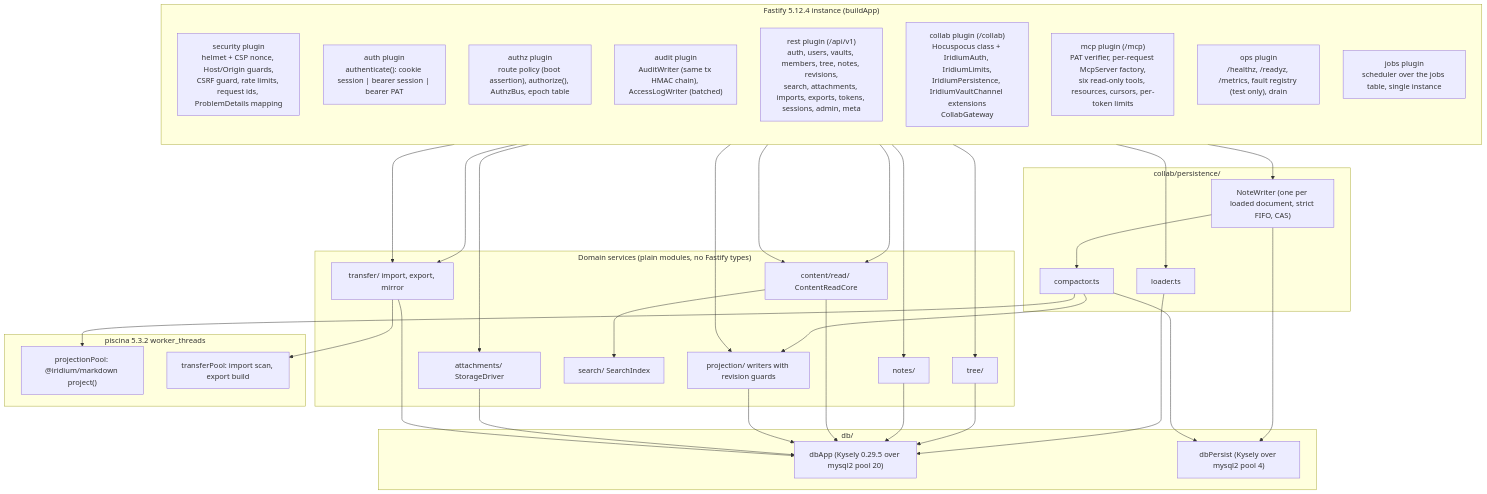
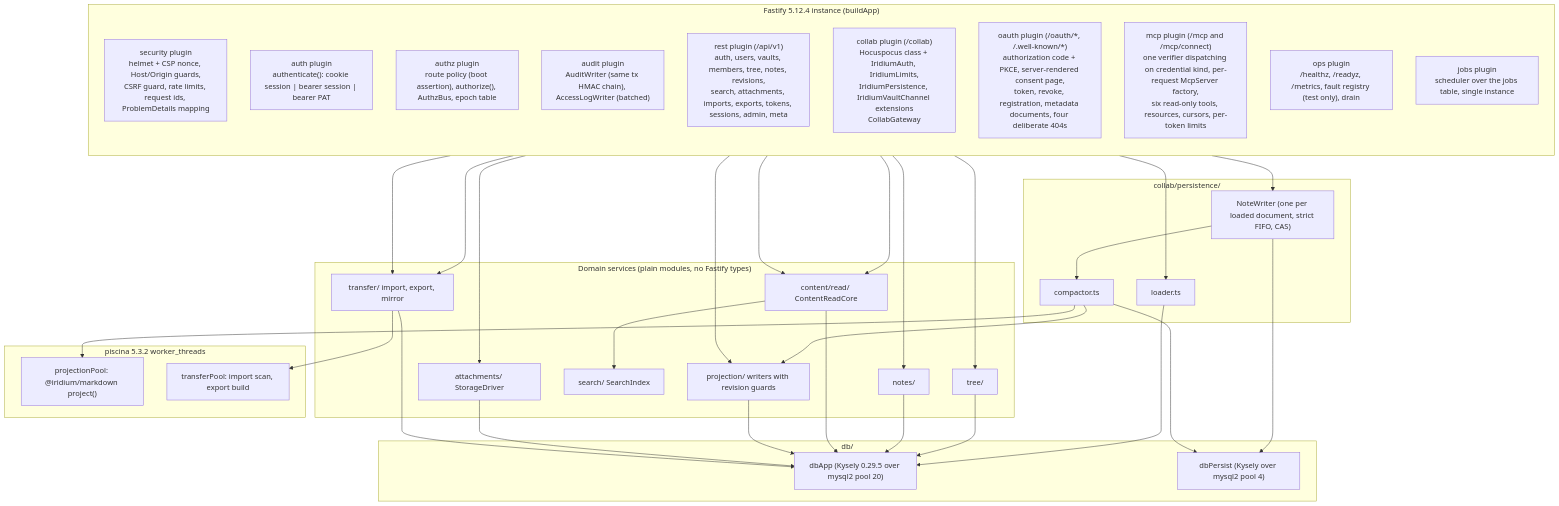
One commit to Mythikos/iridium changed the second of 13 diagrams in docs/plan/02-system-architecture.md. Above: the diagram before and after it, drawn with Mermaid. The commit also changed other lines of this file and 15 other files, not shown here.

````diff
--- a/docs/plan/02-system-architecture.md
+++ b/docs/plan/02-system-architecture.md
@@ -93,61 +99,62 @@
 ```mermaid
 flowchart TB
   subgraph Fastify["Fastify 5.12.4 instance (buildApp)"]
     direction TB
     SEC["security plugin<br/>helmet + CSP nonce, Host/Origin guards,<br/>CSRF guard, rate limits, request ids, ProblemDetails mapping"]
     AUTH["auth plugin<br/>authenticate(): cookie session | bearer session | bearer PAT"]
     AUTHZ["authz plugin<br/>route policy (boot assertion), authorize(), AuthzBus, epoch table"]
     AUDIT["audit plugin<br/>AuditWriter (same tx HMAC chain), AccessLogWriter (batched)"]
     RESTP["rest plugin (/api/v1)<br/>auth, users, vaults, members, tree, notes, revisions,<br/>search, attachments, imports, exports, tokens, sessions, admin, meta"]
     COLLAB["collab plugin (/collab)<br/>Hocuspocus class + IridiumAuth, IridiumLimits,<br/>IridiumPersistence, IridiumVaultChannel extensions<br/>CollabGateway"]
-    MCPP["mcp plugin (/mcp)<br/>PAT verifier, per-request McpServer factory,<br/>six read-only tools, resources, cursors, per-token limits"]
+    OAUTHP["oauth plugin (/oauth/*, /.well-known/*)<br/>authorization code + PKCE, server-rendered consent page,<br/>token, revoke, registration, metadata documents, four deliberate 404s"]
+    MCPP["mcp plugin (/mcp and /mcp/connect)<br/>one verifier dispatching on credential kind, per-request McpServer factory,<br/>six read-only tools, resources, cursors, per-token limits"]
     OPSP["ops plugin<br/>/healthz, /readyz, /metrics, fault registry (test only), drain"]
     JOBSP["jobs plugin<br/>scheduler over the jobs table, single instance"]
   end
   subgraph Services["Domain services (plain modules, no Fastify types)"]
     TREE["tree/"]
     NOTES["notes/"]
     READ["content/read/ ContentReadCore"]
     SEARCH["search/ SearchIndex"]
     ATT["attachments/ StorageDriver"]
     XFER["transfer/ import, export, mirror"]
     PROJ["projection/ writers with revision guards"]
   end
   subgraph Pipeline["collab/persistence/"]
     WRITER["NoteWriter (one per loaded document, strict FIFO, CAS)"]
     LOADER["loader.ts"]
     COMPACT["compactor.ts"]
   end
   subgraph Workers["piscina 5.3.2 worker_threads"]
     PPOOL["projectionPool: @iridium/markdown project()"]
     TPOOL["transferPool: import scan, export build"]
   end
   subgraph Data["db/"]
     DBAPP["dbApp (Kysely 0.29.5 over mysql2 pool 20)"]
     DBPERSIST["dbPersist (Kysely over mysql2 pool 4)"]
   end
   RESTP --> TREE
   RESTP --> NOTES
   RESTP --> READ
   RESTP --> ATT
   RESTP --> XFER
   MCPP --> READ
   READ --> SEARCH
   COLLAB --> WRITER
   COLLAB --> LOADER
   WRITER --> COMPACT
   COMPACT --> PPOOL
   COMPACT --> PROJ
   XFER --> TPOOL
   JOBSP --> PROJ
   JOBSP --> XFER
   WRITER --> DBPERSIST
   COMPACT --> DBPERSIST
   LOADER --> DBAPP
   TREE --> DBAPP
   NOTES --> DBAPP
   READ --> DBAPP
   PROJ --> DBAPP
   ATT --> DBAPP
   XFER --> DBAPP
 ```
````
